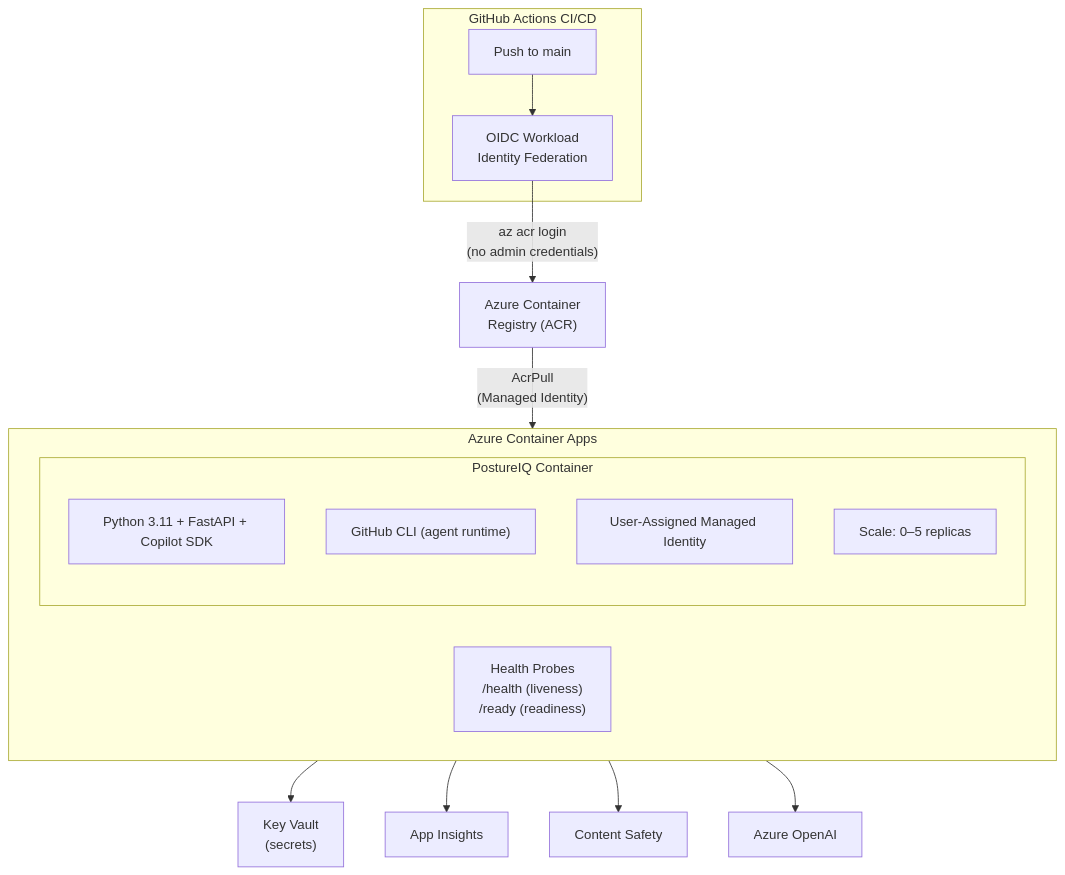
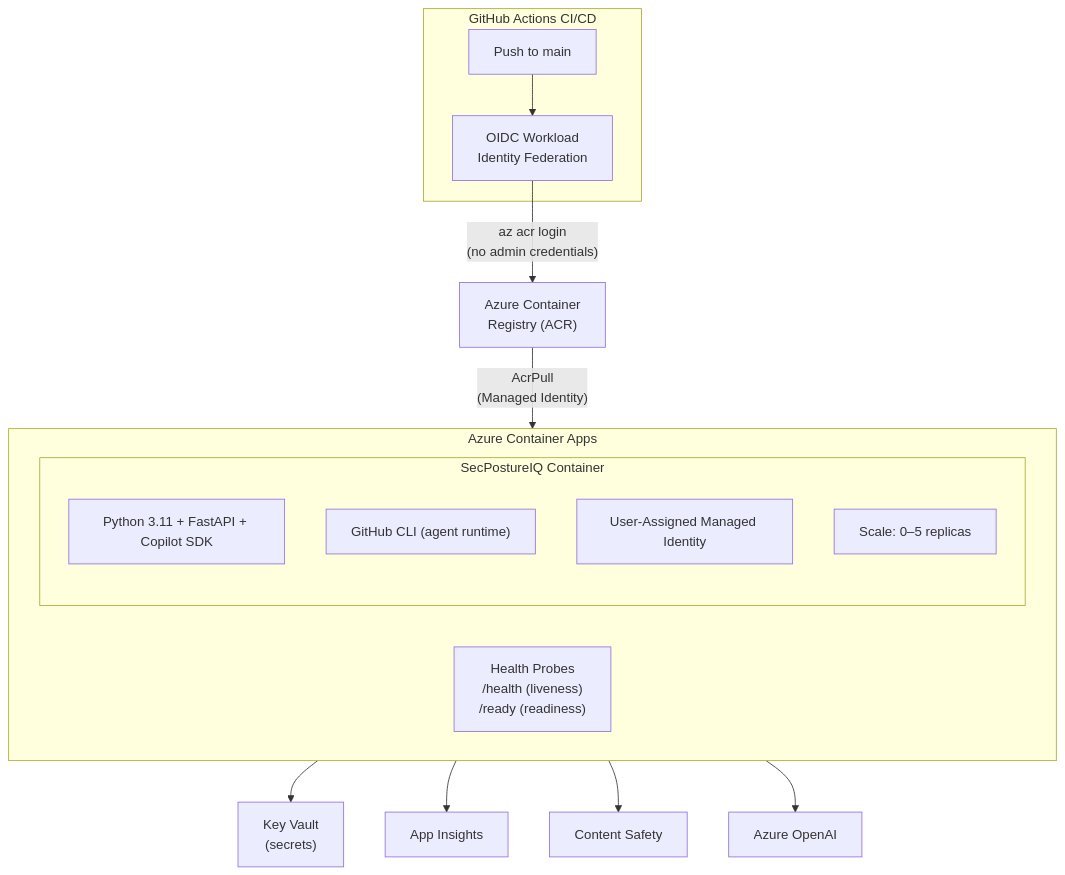
Before and after one commit to 9owlsboston/posture-iq: the second of 3 diagrams in docs/architecture.md, drawn with Mermaid. The commit also changed other lines of this file and 85 other files, not shown here.

First line of the commit message:
chore: rebrand PostureIQ → SecPostureIQ

````diff
--- a/docs/architecture.md
+++ b/docs/architecture.md
@@ -53,26 +53,26 @@
 ```mermaid
 graph TB
     subgraph CICD["GitHub Actions CI/CD"]
         GH["Push to main"]
         OIDC["OIDC Workload<br/>Identity Federation"]
         GH --> OIDC
     end
 
     OIDC -- "az acr login<br/>(no admin credentials)" --> ACR["Azure Container<br/>Registry (ACR)"]
 
     subgraph ACA["Azure Container Apps"]
-        subgraph Container["PostureIQ Container"]
+        subgraph Container["SecPostureIQ Container"]
             P1["Python 3.11 + FastAPI + Copilot SDK"]
             P2["GitHub CLI (agent runtime)"]
             P3["User-Assigned Managed Identity"]
             P4["Scale: 0–5 replicas"]
         end
         Probes["Health Probes<br/>/health (liveness)<br/>/ready (readiness)"]
     end
 
     ACR -- "AcrPull<br/>(Managed Identity)" --> ACA
     ACA --> KV["Key Vault<br/>(secrets)"]
     ACA --> AI["App Insights"]
     ACA --> CS["Content Safety"]
     ACA --> OAI["Azure OpenAI"]
 ```
````
